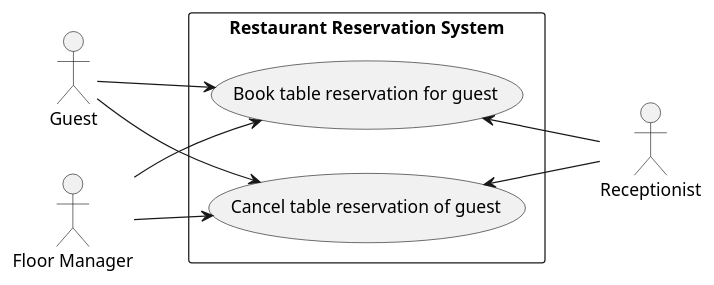
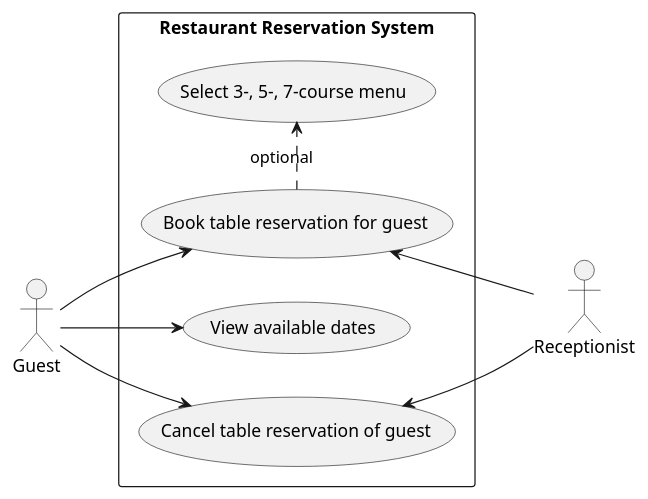
Before and after one commit to mrjink/molveno: the diagram in src/main/docs/uml/use-case/restaurant/reservation.puml, drawn with PlantUML. The commit also changed 6 other files, not shown here.

Commit message:
Modify UML use case diagrams.

```diff
--- a/src/main/docs/uml/use-case/restaurant/reservation.puml
+++ b/src/main/docs/uml/use-case/restaurant/reservation.puml
@@ -1,23 +1,24 @@
 @startuml
 
 left to right direction
 
 actor Receptionist
 actor Guest
-actor "Floor Manager" as FM
 
 rectangle "Restaurant Reservation System" {
+    (View available dates) as (TableAll)
     (Book table reservation for guest) as (TableBook)
+    (Select 3-, 5-, 7-course menu) as (TableCourse)
     (Cancel table reservation of guest) as (TableCancel)
+
+    Guest --> (TableAll)
+    Guest --> (TableBook)
+'    Guest ..> (TableCourse) : optional
+    (TableBook) .> (TableCourse) : optional
+    Guest --> (TableCancel)
 
     (TableBook) <-- Receptionist
     (TableCancel) <-- Receptionist
-
-    Guest --> (TableBook)
-    Guest --> (TableCancel)
-
-    FM --> (TableBook)
-    FM --> (TableCancel)
 }
 
 @enduml
```
